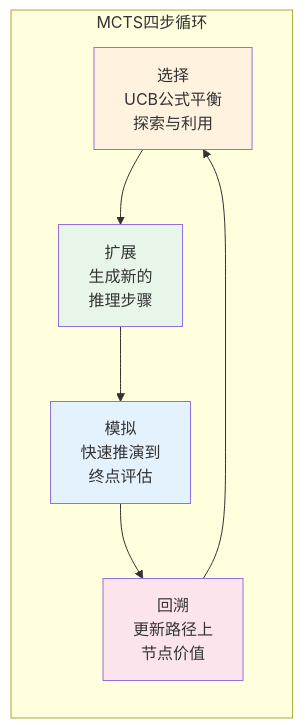
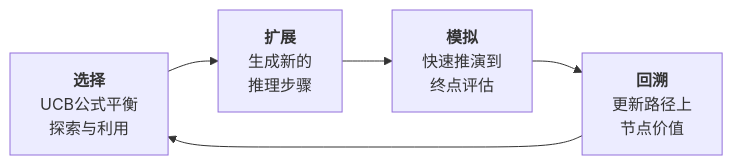
Before and after one commit to fenixsoft/dmla: the second of 3 diagrams in docs/language-models/reasoning/test-time-compute.md, drawn with Mermaid. The commit also changed other lines of this file and 12 other files, not shown here.

First line of the commit message:
docs: 推理章节精简重写，启用 GFM breaks，新增插图资源

````diff
--- a/docs/language-models/reasoning/test-time-compute.md
+++ b/docs/language-models/reasoning/test-time-compute.md
@@ -455,14 +123,7 @@
-```mermaid
-graph LR
-    subgraph MCTS四步循环
-        S1["选择<br/>UCB公式平衡<br/>探索与利用"] --> S2["扩展<br/>生成新的<br/>推理步骤"]
-        S2 --> S3["模拟<br/>快速推演到<br/>终点评估"]
-        S3 --> S4["回溯<br/>更新路径上<br/>节点价值"]
+    ```mermaid compact
+    graph LR
+        S1["<b>选择</b><br/>UCB公式平衡<br/>探索与利用"] --> S2["<b>扩展</b><br/>生成新的<br/>推理步骤"]
+        S2 --> S3["<b>模拟</b><br/>快速推演到<br/>终点评估"]
+        S3 --> S4["<b>回溯</b><br/>更新路径上<br/>节点价值"]
         S4 --> S1
-    end
-
-    style S1 fill:#fff3e0
-    style S2 fill:#e8f5e9
-    style S3 fill:#e3f2fd
-    style S4 fill:#fce4ec
-```
+    ```
````
